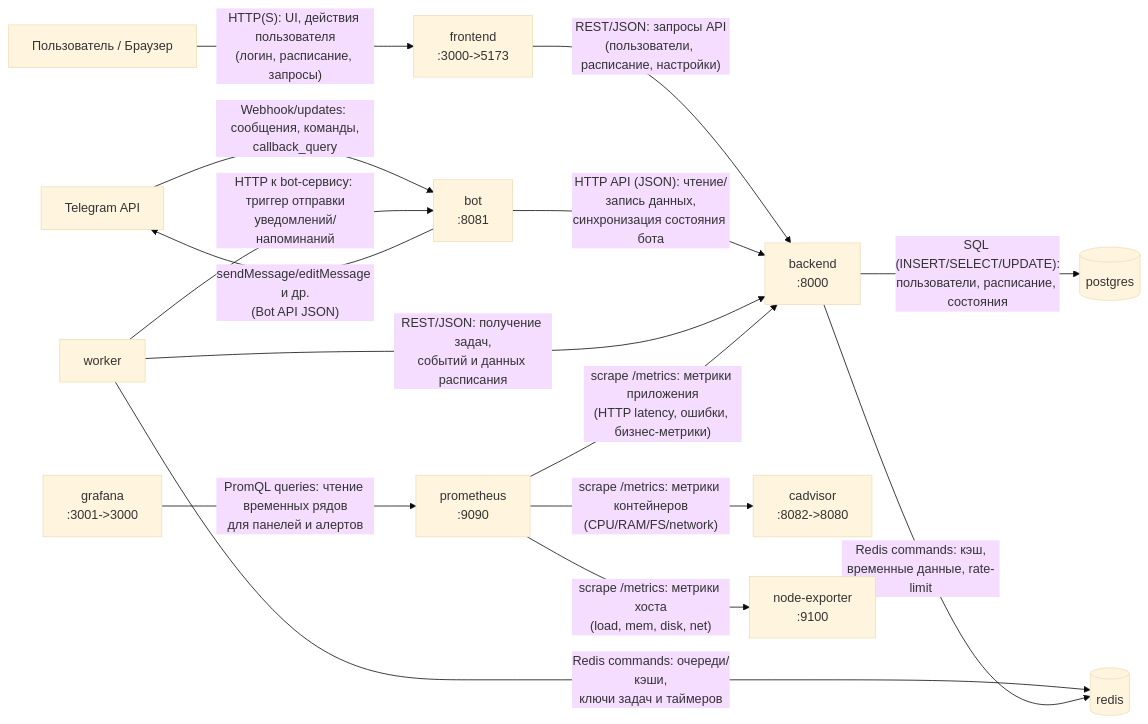
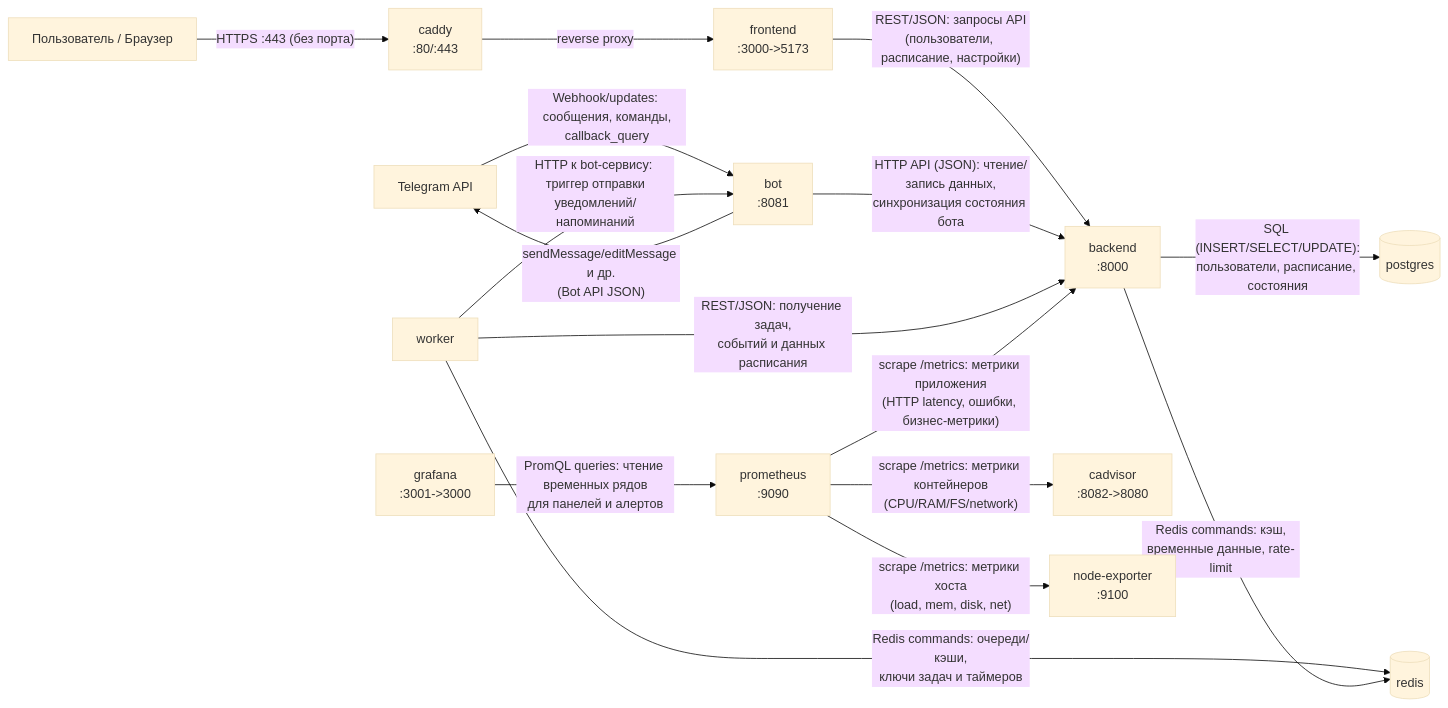
One commit to Dizel69/University_Telegram_Sheduler changed the diagram in README.md. Above: the diagram before and after it, drawn with Mermaid (base theme). The commit also changed other lines of this file and 5 other files, not shown here.

````diff
--- a/README.md
+++ b/README.md
@@ -177,45 +180,47 @@
 ```mermaid
 flowchart LR
     %% Внешние акторы
     U[Пользователь / Браузер]
     TG[Telegram API]
 
     %% Контейнеры приложения
+    CADDY["caddy\n:80/:443"]
     FE["frontend\n:3000->5173"]
     BE["backend\n:8000"]
     BOT["bot\n:8081"]
     WRK[worker]
     PG[(postgres)]
     RD[(redis)]
 
     %% Мониторинг
     PR["prometheus\n:9090"]
     GF["grafana\n:3001->3000"]
     CAD["cadvisor\n:8082->8080"]
     NE["node-exporter\n:9100"]
 
     %% Пользовательские потоки
-    U -->|"HTTP(S): UI, действия пользователя\n(логин, расписание, запросы)"| FE
+    U -->|"HTTPS :443 (без порта)"| CADDY
+    CADDY -->|reverse proxy| FE
     FE -->|"REST/JSON: запросы API\n(пользователи, расписание, настройки)"| BE
 
     %% Telegram-потоки
     TG -->|"Webhook/updates: сообщения, команды,\ncallback_query"| BOT
     BOT -->|"HTTP API (JSON): чтение/запись данных,\nсинхронизация состояния бота"| BE
     BOT -->|"sendMessage/editMessage и др.\n(Bot API JSON)"| TG
 
     %% Worker-потоки
     WRK -->|"REST/JSON: получение задач,\nсобытий и данных расписания"| BE
     WRK -->|"Redis commands: очереди/кэши,\nключи задач и таймеров"| RD
     WRK -->|"HTTP к bot-сервису: триггер отправки\nуведомлений/напоминаний"| BOT
 
     %% Backend-хранилища
     BE -->|"SQL (INSERT/SELECT/UPDATE):\nпользователи, расписание, состояния"| PG
     BE -->|"Redis commands: кэш,\nвременные данные, rate-limit"| RD
 
     %% Метрики и дашборды
     PR -->|"scrape /metrics: метрики приложения\n(HTTP latency, ошибки, бизнес-метрики)"| BE
     PR -->|"scrape /metrics: метрики контейнеров\n(CPU/RAM/FS/network)"| CAD
     PR -->|"scrape /metrics: метрики хоста\n(load, mem, disk, net)"| NE
     GF -->|"PromQL queries: чтение временных рядов\nдля панелей и алертов"| PR
 
 ```
````
